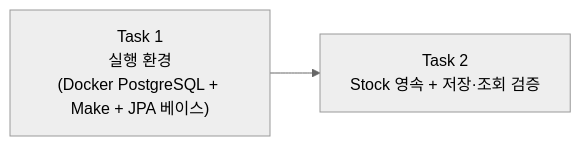
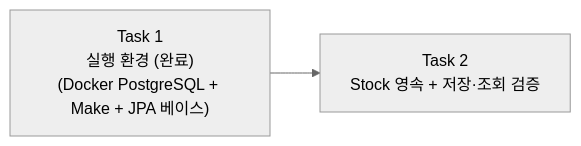
One commit to JuJin1324/assignment-inventory-management changed the diagram in docs/epics/outbound/3-plan/story2/tasks.md. Above: the diagram before and after it, drawn with Mermaid (neutral theme). The commit also changed other lines of this file and 5 other files, not shown here.

First line of the commit message:
build(outbound): Story 2 Task 1 — 실행 환경 (Docker PostgreSQL + Make)

````diff
--- a/docs/epics/outbound/3-plan/story2/tasks.md
+++ b/docs/epics/outbound/3-plan/story2/tasks.md
@@ -7,6 +7,6 @@
 ```mermaid
 graph LR
-    T1["Task 1<br/>실행 환경<br/>(Docker PostgreSQL + Make + JPA 베이스)"]
+    T1["Task 1<br/>실행 환경 (완료)<br/>(Docker PostgreSQL + Make + JPA 베이스)"]
     T2["Task 2<br/>Stock 영속 + 저장·조회 검증"]
     T1 --> T2
 ```
````
